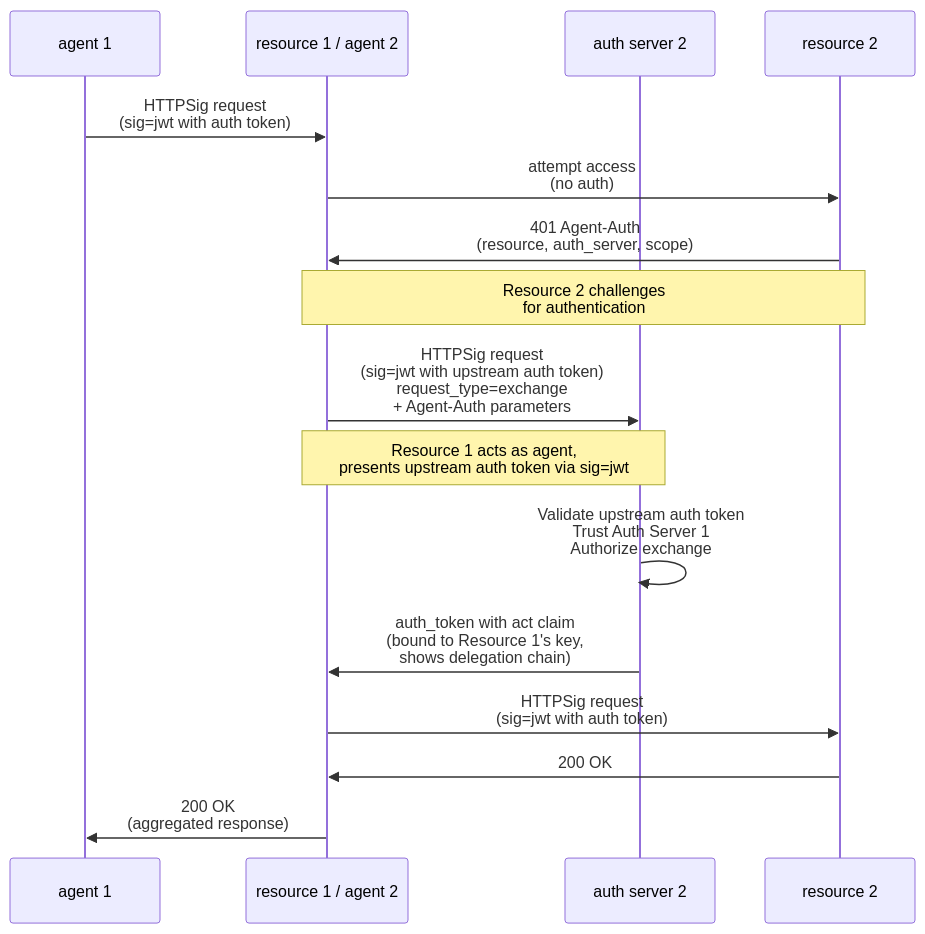
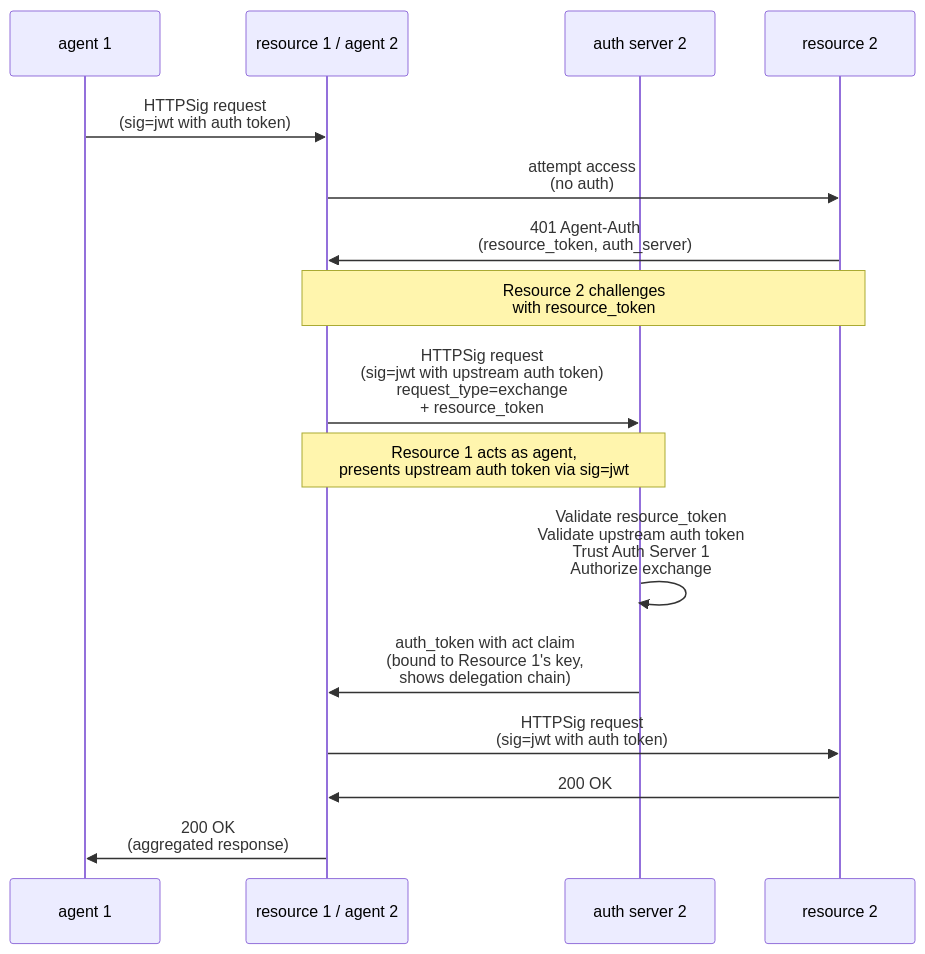
Before and after one commit to dickhardt/agent-auth: the ninth of 10 diagrams in README.md, drawn with Mermaid. The commit also changed other lines of this file, not shown here.

First line of the commit message:
Add resource identity as first-class protocol feature

````diff
--- a/README.md
+++ b/README.md
@@ -333,24 +365,24 @@
 ```mermaid
 sequenceDiagram
     participant Agent1 as agent 1
     participant Resource1 as resource 1 / agent 2
     participant Auth2 as auth server 2
     participant Resource2 as resource 2
 
     Agent1->>Resource1: HTTPSig request<br/>(sig=jwt with auth token)
 
     Resource1->>Resource2: attempt access<br/>(no auth)
-    Resource2->>Resource1: 401 Agent-Auth<br/>(resource, auth_server, scope)
-    Note over Resource1,Resource2: Resource 2 challenges<br/>for authentication
+    Resource2->>Resource1: 401 Agent-Auth<br/>(resource_token, auth_server)
+    Note over Resource1,Resource2: Resource 2 challenges<br/>with resource_token
 
-    Resource1->>Auth2: HTTPSig request<br/>(sig=jwt with upstream auth token)<br/>request_type=exchange<br/>+ Agent-Auth parameters
+    Resource1->>Auth2: HTTPSig request<br/>(sig=jwt with upstream auth token)<br/>request_type=exchange<br/>+ resource_token
     Note over Resource1,Auth2: Resource 1 acts as agent,<br/>presents upstream auth token via sig=jwt
 
-    Auth2->>Auth2: Validate upstream auth token<br/>Trust Auth Server 1<br/>Authorize exchange
+    Auth2->>Auth2: Validate resource_token<br/>Validate upstream auth token<br/>Trust Auth Server 1<br/>Authorize exchange
     Auth2->>Resource1: auth_token with act claim<br/>(bound to Resource 1's key,<br/>shows delegation chain)
 
     Resource1->>Resource2: HTTPSig request<br/>(sig=jwt with auth token)
     Resource2->>Resource1: 200 OK
 
     Resource1->>Agent1: 200 OK<br/>(aggregated response)
 ```
````
